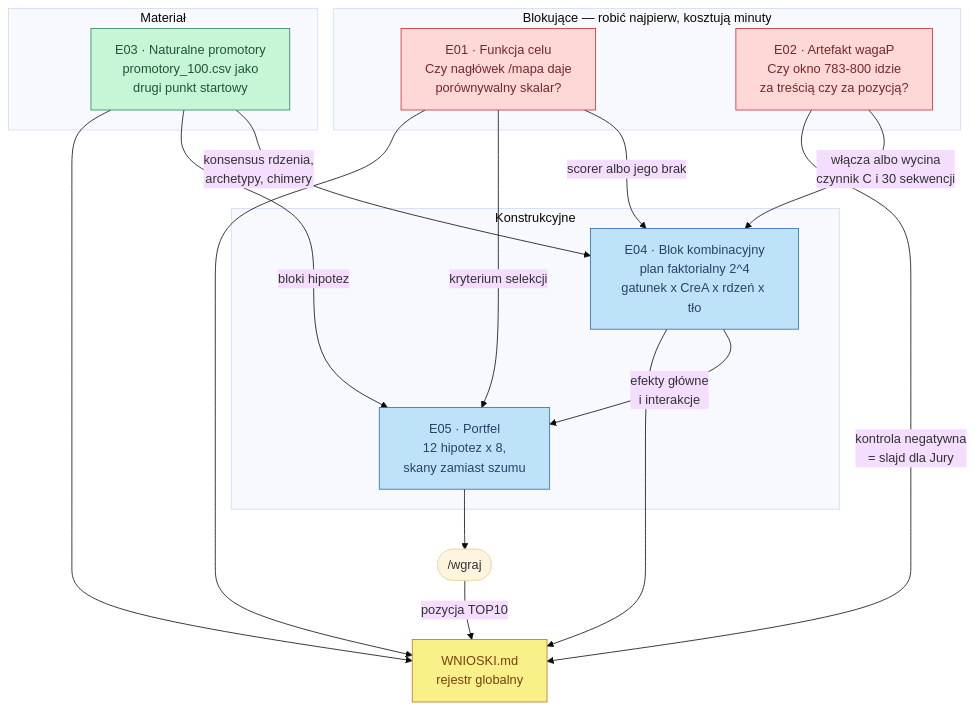
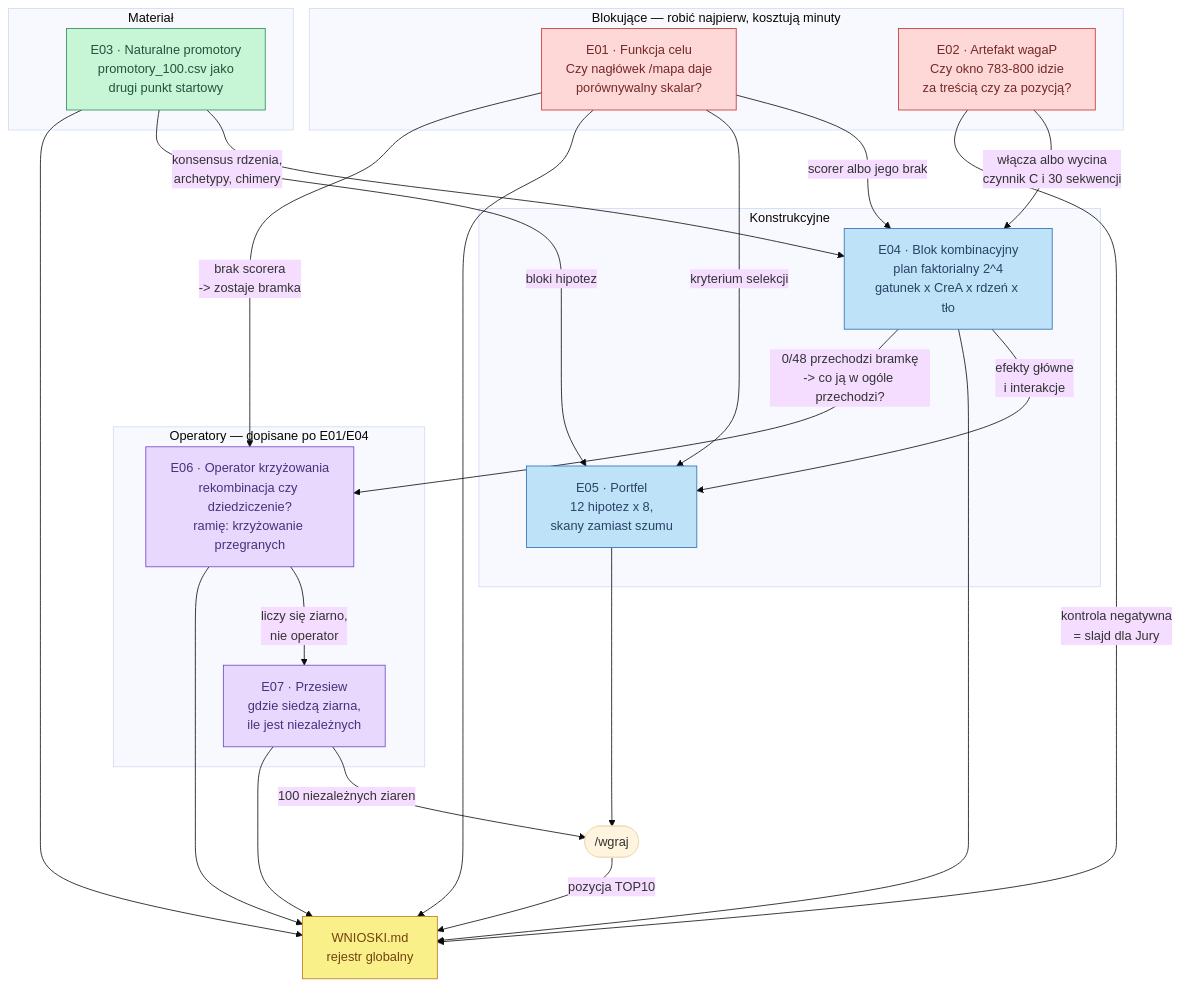
Before and after one commit to julpul/hack-the-promoter: the first of 2 diagrams in eksperymenty/README.md, drawn with Mermaid (base theme). The commit also changed other lines of this file and 32 other files, not shown here.

````diff
--- a/eksperymenty/README.md
+++ b/eksperymenty/README.md
@@ -33,41 +33,55 @@
 ```mermaid
 flowchart TD
     subgraph BLOK["Blokujące — robić najpierw, kosztują minuty"]
         E01["E01 · Funkcja celu<br/>Czy nagłówek /mapa daje<br/>porównywalny skalar?"]
         E02["E02 · Artefakt wagaP<br/>Czy okno 783-800 idzie<br/>za treścią czy za pozycją?"]
     end
 
     subgraph MAT["Materiał"]
         E03["E03 · Naturalne promotory<br/>promotory_100.csv jako<br/>drugi punkt startowy"]
     end
 
     subgraph KON["Konstrukcyjne"]
         E04["E04 · Blok kombinacyjny<br/>plan faktorialny 2^4<br/>gatunek x CreA x rdzeń x tło"]
         E05["E05 · Portfel<br/>12 hipotez x 8,<br/>skany zamiast szumu"]
+    end
+
+    subgraph OPE["Operatory — dopisane po E01/E04"]
+        E06["E06 · Operator krzyżowania<br/>rekombinacja czy dziedziczenie?<br/>ramię: krzyżowanie przegranych"]
+        E07["E07 · Przesiew<br/>gdzie siedzą ziarna,<br/>ile jest niezależnych"]
     end
 
     W["WNIOSKI.md<br/>rejestr globalny"]
     Z(["/wgraj"])
 
     E01 -->|"scorer albo jego brak"| E04
     E01 -->|"kryterium selekcji"| E05
     E02 -->|"włącza albo wycina<br/>czynnik C i 30 sekwencji"| E04
     E02 -->|"kontrola negatywna<br/>= slajd dla Jury"| W
     E03 -->|"konsensus rdzenia,<br/>archetypy, chimery"| E04
     E03 -->|"bloki hipotez"| E05
     E04 -->|"efekty główne<br/>i interakcje"| E05
     E05 --> Z
     E01 --> W
     E03 --> W
     E04 --> W
     Z -->|"pozycja TOP10"| W
 
+    E01 -->|"brak scorera<br/>-> zostaje bramka"| E06
+    E04 -->|"0/48 przechodzi bramkę<br/>-> co ją w ogóle przechodzi?"| E06
+    E06 -->|"liczy się ziarno,<br/>nie operator"| E07
+    E07 -->|"100 niezależnych ziaren"| Z
+    E06 --> W
+    E07 --> W
+
     classDef blok fill:#fed7d7,stroke:#c53030,color:#742a2a
     classDef mat fill:#c6f6d5,stroke:#2f855a,color:#22543d
     classDef kon fill:#bee3f8,stroke:#2b6cb0,color:#2a4365
+    classDef ope fill:#e9d8fd,stroke:#6b46c1,color:#44337a
     classDef wn fill:#faf089,stroke:#b7791f,color:#744210
     class E01,E02 blok
     class E03 mat
     class E04,E05 kon
+    class E06,E07 ope
     class W wn
 ```
````
